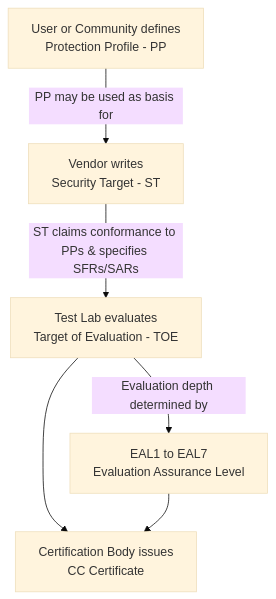
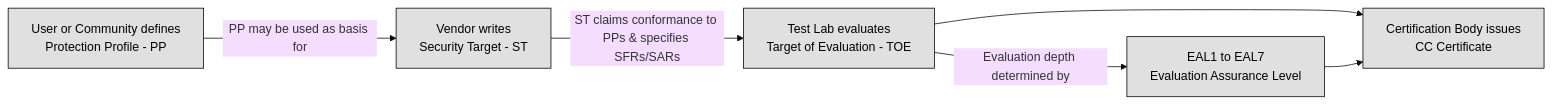
One commit to lorenzoleonelli/CISSP-Zero-to-Hero changed the first of 2 diagrams in DOMAIN3: Security Architecture and Engineering/3.03 Select Controls based upon system security requirements.md. Above: the diagram before and after it, drawn with Mermaid (base theme). The commit also changed other lines of this file, not shown here.

Commit message:
Update 3.03 Select Controls based upon system security requirements.md

````diff
--- a/DOMAIN3: Security Architecture and Engineering/3.03 Select Controls based upon system security requirements.md
+++ b/DOMAIN3: Security Architecture and Engineering/3.03 Select Controls based upon system security requirements.md
@@ -41,16 +41,19 @@
 ```mermaid
 
-flowchart TD
+flowchart LR
     A[User or Community defines<br>Protection Profile - PP]
     B[Vendor writes<br>Security Target - ST]
     C[Test Lab evaluates<br>Target of Evaluation - TOE]
     D[EAL1 to EAL7<br>Evaluation Assurance Level]
     E[Certification Body issues<br>CC Certificate]
 
     A -->|PP may be used as basis for| B
     B -->|ST claims conformance to PPs & specifies SFRs/SARs| C
     C -->|Evaluation depth determined by| D
     C --> E
     D --> E
 
+    classDef center fill:#ffffff,color:#000000,stroke:#000000,stroke-width:1px,font-weight:bold
+    classDef node fill:#e0e0e0,color:#000000,stroke:#000000,stroke-width:1px
+
 ```
````
